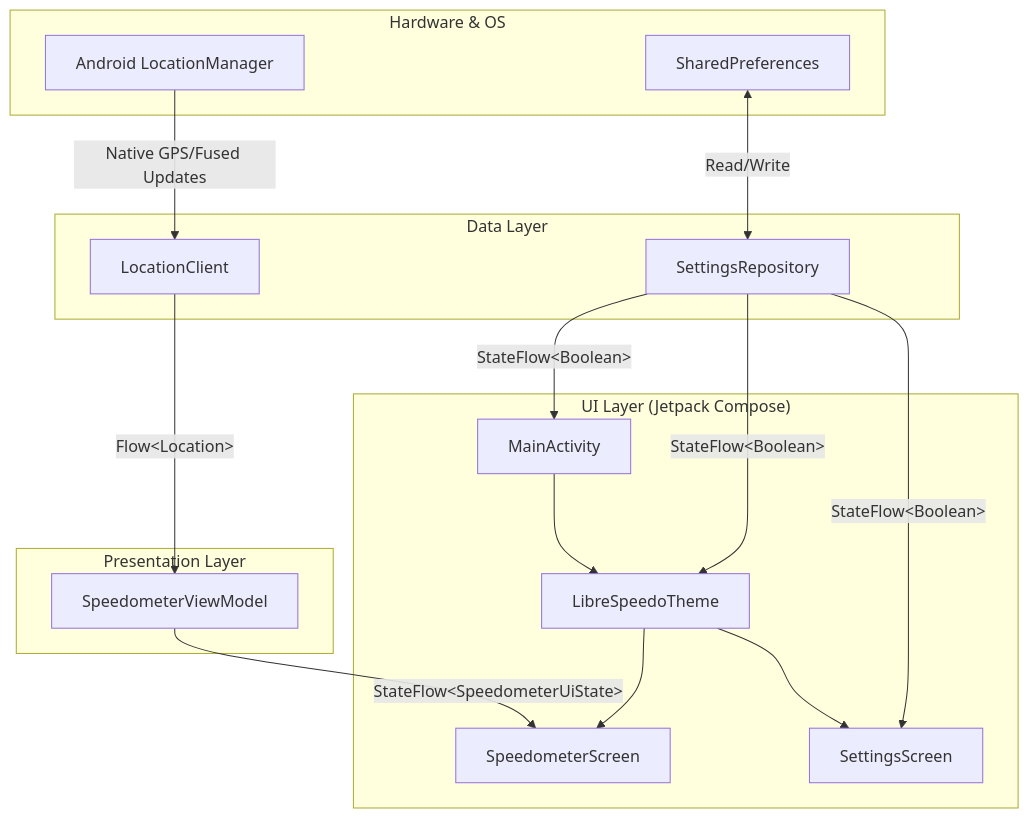
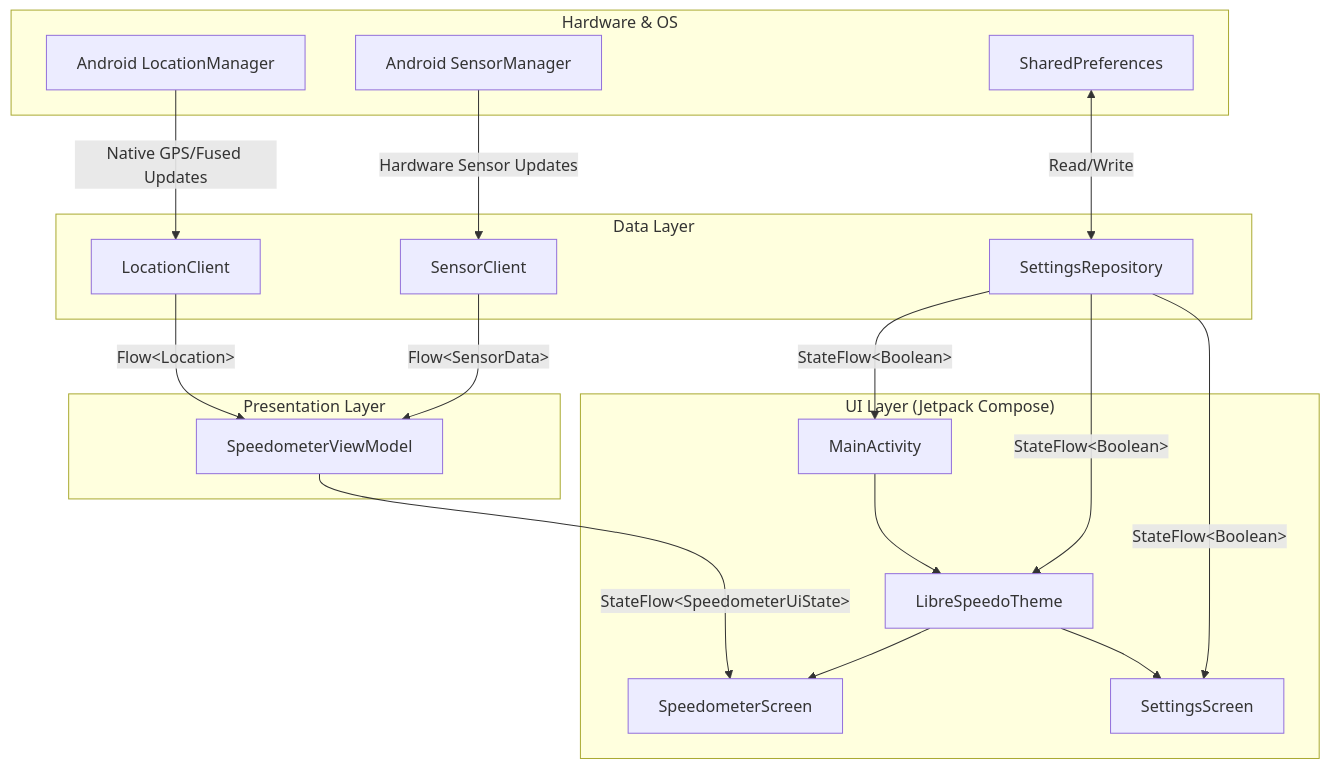
The diagram in docs/architecture.md (F1r3f0x/LibreSpeedo), drawn with Mermaid before and after one commit. The commit also changed other lines of this file and 6 other files, not shown here.

````diff
--- a/docs/architecture.md
+++ b/docs/architecture.md
@@ -6,39 +6,43 @@
 ```mermaid
 graph TD
     subgraph "Hardware & OS"
         LM[Android LocationManager]
+        SM[Android SensorManager]
         SP[SharedPreferences]
     end
 
     subgraph "Data Layer"
         LC[LocationClient]
+        SC[SensorClient]
         SR[SettingsRepository]
     end
 
     subgraph "Presentation Layer"
         VM[SpeedometerViewModel]
     end
 
     subgraph "UI Layer (Jetpack Compose)"
         MA[MainActivity]
         Theme[LibreSpeedoTheme]
         SS[SpeedometerScreen]
         SetS[SettingsScreen]
     end
 
     %% Data Flow
     LM -->|Native GPS/Fused Updates| LC
+    SM -->|Hardware Sensor Updates| SC
     LC -->|Flow&lt;Location&gt;| VM
+    SC -->|Flow&lt;SensorData&gt;| VM
     VM -->|StateFlow&lt;SpeedometerUiState&gt;| SS
 
     %% Settings Flow
     SP <-->|Read/Write| SR
     SR -->|StateFlow&lt;Boolean&gt;| MA
     SR -->|StateFlow&lt;Boolean&gt;| Theme
     SR -->|StateFlow&lt;Boolean&gt;| SetS
 
     %% UI Hierarchy
     MA --> Theme
     Theme --> SS
     Theme --> SetS
 ```
````
